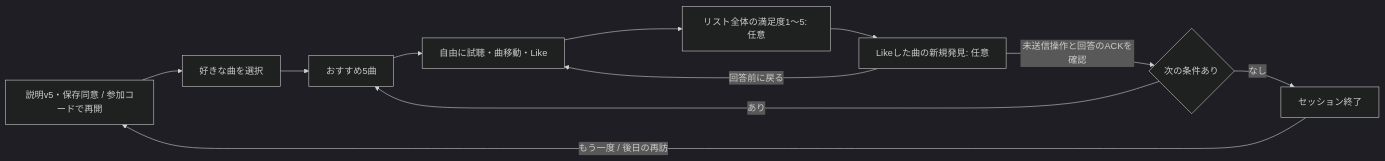
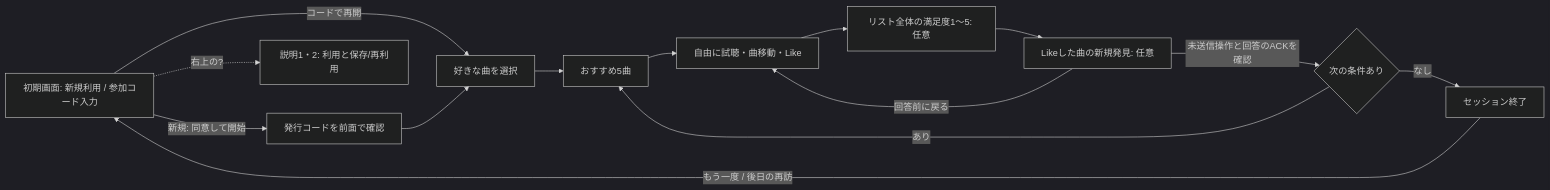
One commit to 97kuek/music-recsys changed the first of 2 diagrams in docs/online-ux.md. Above: the diagram before and after it, drawn with Mermaid (dark theme). The commit also changed other lines of this file and 48 other files, not shown here.

````diff
--- a/docs/online-ux.md
+++ b/docs/online-ux.md
@@ -13,13 +13,16 @@
 ```mermaid
 flowchart LR
-    C[説明v5・保存同意 / 参加コードで再開] --> P[好きな曲を選択]
+    C[初期画面: 新規利用 / 参加コード入力] -->|新規: 同意して開始| K[発行コードを前面で確認]
+    C -->|コードで再開| P[好きな曲を選択]
+    C -. 右上の? .-> H[説明1・2: 利用と保存/再利用]
+    K --> P
     P --> R[おすすめ5曲]
     R --> L[自由に試聴・曲移動・Like]
     L --> E[リスト全体の満足度1〜5: 任意]
     E --> D[Likeした曲の新規発見: 任意]
     D -->|未送信操作と回答のACKを確認| N{次の条件あり}
     D -->|回答前に戻る| L
     N -->|あり| R
     N -->|なし| F[セッション終了]
     F -->|もう一度 / 後日の再訪| C
 ```
````
